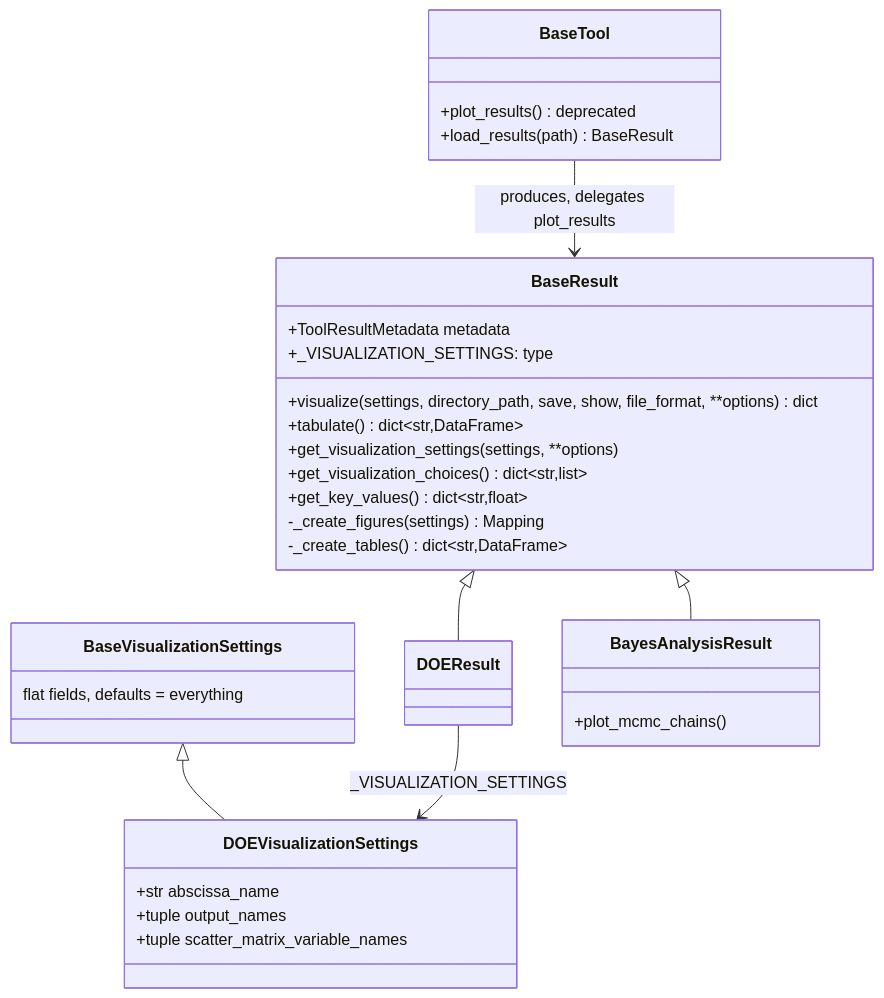
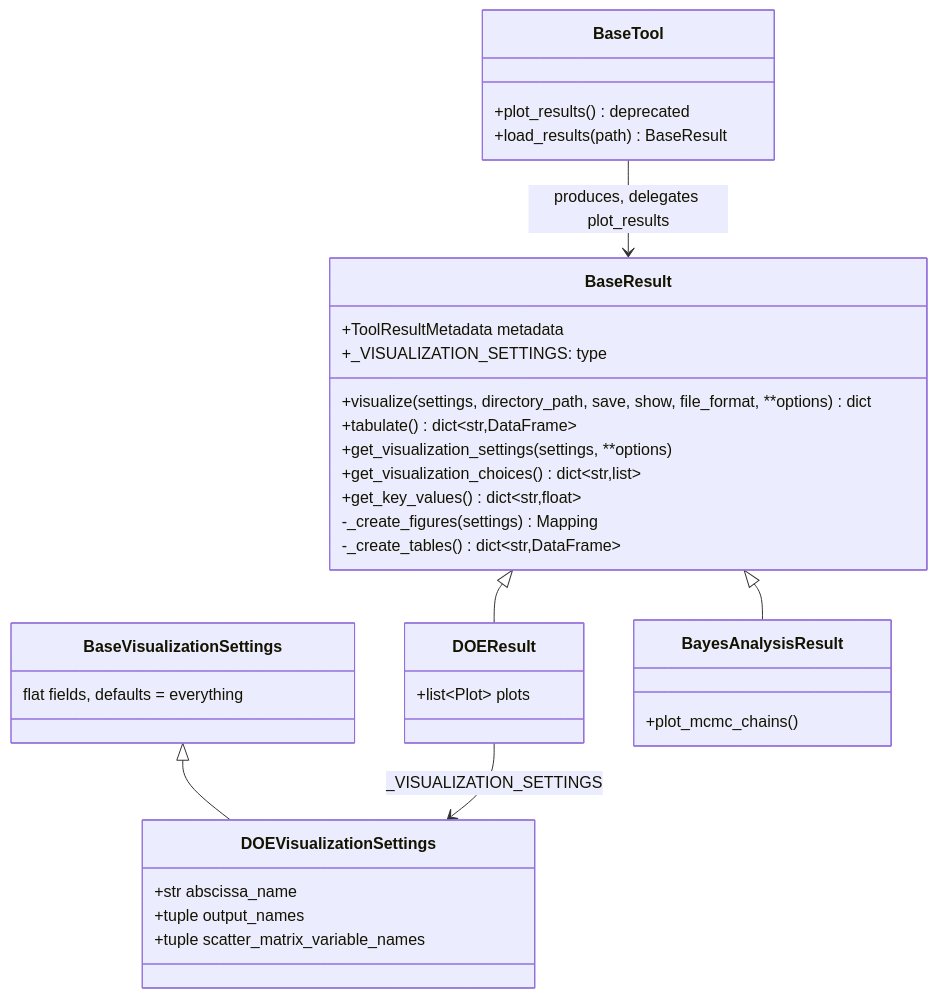
The diagram in spdd/prompt/SPEC-006-202610091121-[Feat]-results-visualize-and-tabulate-without-tool.md (SebastienBocquet/vimseo), drawn with Mermaid before and after one commit. The commit also changed other lines of this file and 4 other files, not shown here.

````diff
--- a/spdd/prompt/SPEC-006-202610091121-[Feat]-results-visualize-and-tabulate-without-tool.md
+++ b/spdd/prompt/SPEC-006-202610091121-[Feat]-results-visualize-and-tabulate-without-tool.md
@@ -43,38 +43,40 @@
 ```mermaid
 classDiagram
 direction TB
 
 class BaseResult {
     +ToolResultMetadata metadata
     +_VISUALIZATION_SETTINGS: type
     +visualize(settings, directory_path, save, show, file_format, **options) dict
     +tabulate() dict~str,DataFrame~
     +get_visualization_settings(settings, **options)
     +get_visualization_choices() dict~str,list~
     +get_key_values() dict~str,float~
     -_create_figures(settings) Mapping
     -_create_tables() dict~str,DataFrame~
 }
 class BaseVisualizationSettings {
     flat fields, defaults = everything
 }
-class DOEResult
+class DOEResult {
+    +list~Plot~ plots
+}
 class DOEVisualizationSettings {
     +str abscissa_name
     +tuple output_names
     +tuple scatter_matrix_variable_names
 }
 class BayesAnalysisResult {
     +plot_mcmc_chains()
 }
 class BaseTool {
     +plot_results() deprecated
     +load_results(path) BaseResult
 }
 
 BaseResult <|-- DOEResult
 BaseResult <|-- BayesAnalysisResult
 BaseVisualizationSettings <|-- DOEVisualizationSettings
 DOEResult --> DOEVisualizationSettings : _VISUALIZATION_SETTINGS
 BaseTool --> BaseResult : produces, delegates plot_results
 ```
````
